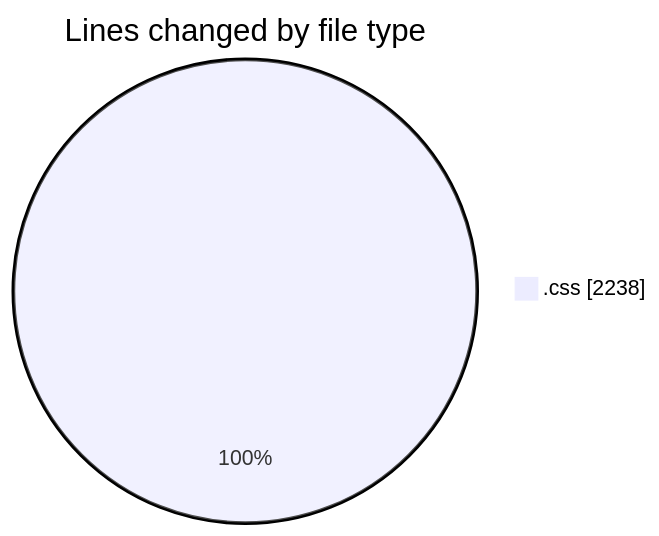
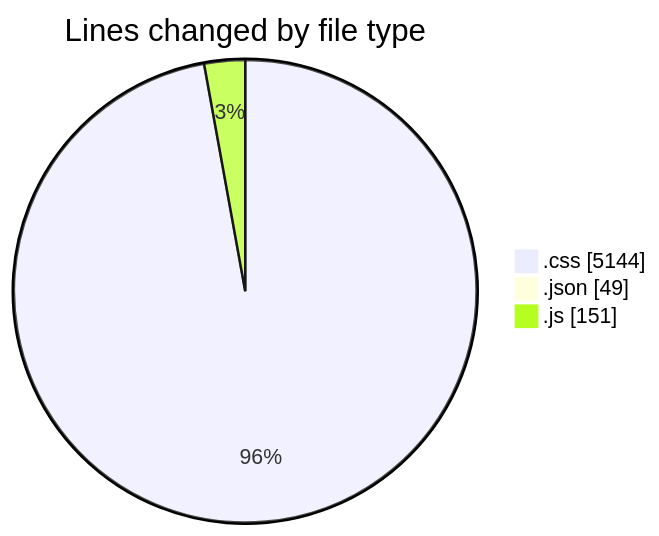
The first of 2 diagrams in 2025-02-18/finite_vercel_app/README.md (charlie-sans/code-tracking), drawn with Mermaid before and after one commit. The commit also changed other lines of this file and 1 other file, not shown here.

````diff
--- a/2025-02-18/finite_vercel_app/README.md
+++ b/2025-02-18/finite_vercel_app/README.md
@@ -22,5 +24,7 @@
 ```mermaid
 pie showData
 title Lines changed by file type
-".css" : 2238
+".css" : 5144
+".json" : 49
+".js" : 151
 ```
````
